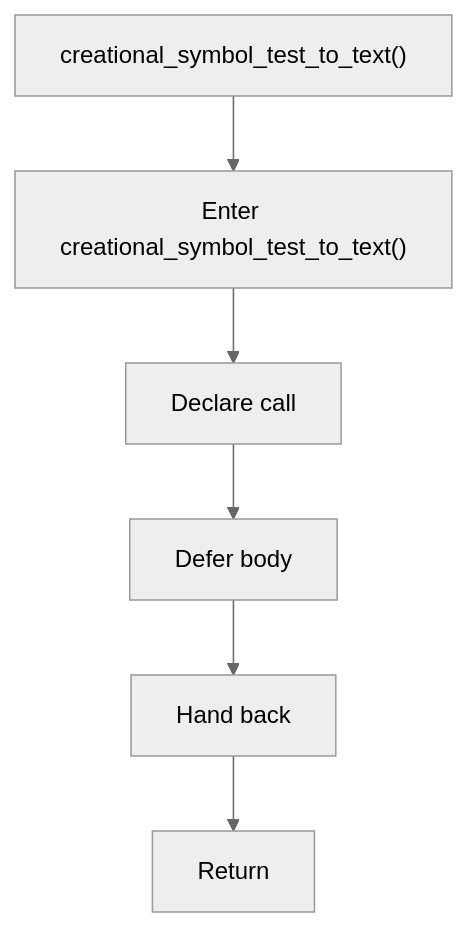
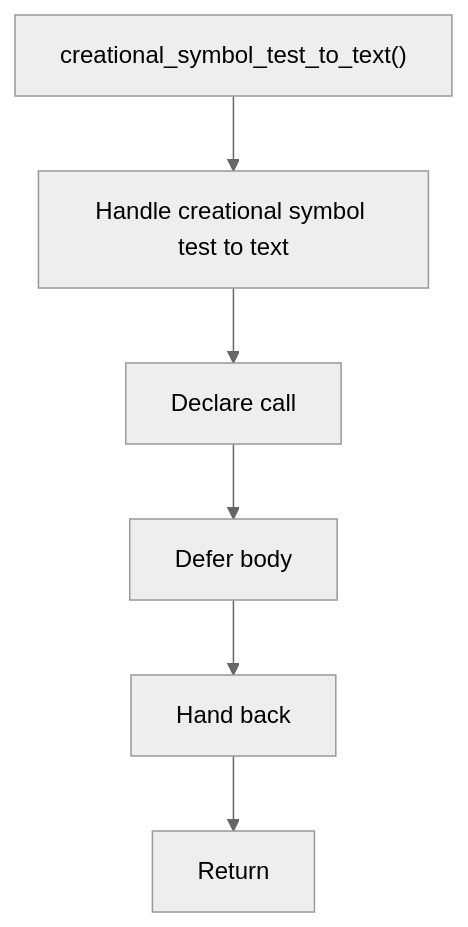
One commit to JohnAndrewBalbarosa/NeoTerritory changed the fourth of 4 diagrams in docs/Codebase/Microservice/Modules/Header/SyntacticBrokenAST/Analysis/Patterns/Creational/SymbolTest/core.hpp.md. Above: the diagram before and after it, drawn with Mermaid (neutral theme). The commit also changed other lines of this file and 925 other files, not shown here.

````diff
--- a/docs/Codebase/Microservice/Modules/Header/SyntacticBrokenAST/Analysis/Patterns/Creational/SymbolTest/core.hpp.md
+++ b/docs/Codebase/Microservice/Modules/Header/SyntacticBrokenAST/Analysis/Patterns/Creational/SymbolTest/core.hpp.md
@@ -114,14 +113,14 @@
 ```mermaid
 flowchart TD
     Start["creational_symbol_test_to_text()"]
-    N0["Enter creational_symbol_test_to_text()"]
+    N0["Handle creational symbol test to text"]
     N1["Declare call"]
     N2["Defer body"]
     N3["Hand back"]
     End["Return"]
     Start --> N0
     N0 --> N1
     N1 --> N2
     N2 --> N3
     N3 --> End
 ```
````
